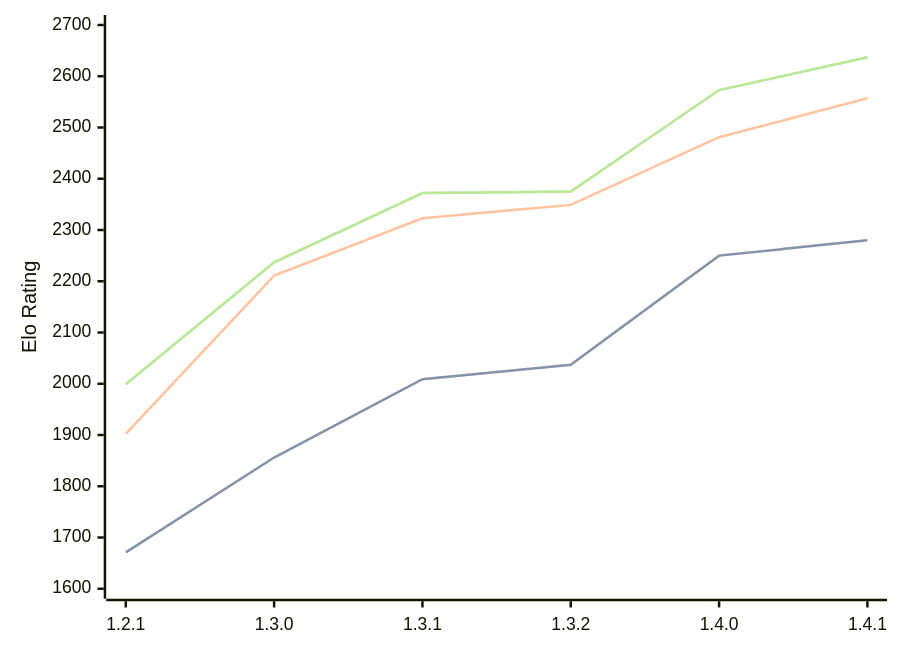
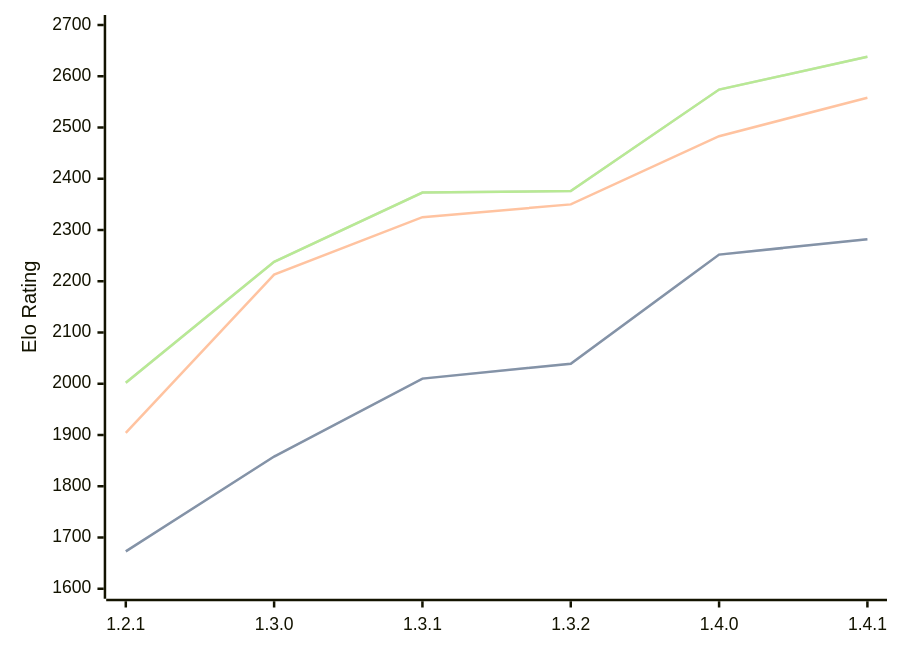
The diagram in engines/Chal.md (computer-chess-index/cci), drawn with Mermaid before and after one commit. The commit also changed other lines of this file, not shown here.

Commit message:
Update CCI Ratings (ELO VLTC) - 2026-08-09

````diff
--- a/engines/Chal.md
+++ b/engines/Chal.md
@@ -36,11 +36,11 @@
 ```mermaid
 %%{init: {"theme":"base","themeVariables":{"seriesColors:['#a3a3a3','#222221','#faa371']}}}%%
 xychart-beta
   x-axis ["1.2.1", "1.3.0", "1.3.1", "1.3.2", "1.4.0", "1.4.1"]
   y-axis "Elo Rating" 1600 --> 2700
-  line "STC (8.0+0.08s)" [1671, 1856, 2009, 2037, 2250, 2280]
-  line "STC (8.0+0.08s)" [1671, 1856, 2009, 2037, 2250, 2280]
-  line "LTC (60.0+0.60s)" [1902, 2211, 2323, 2349, 2481, 2557]
-  line "VLTC (2m24s+1.12s)" [1999, 2237, 2372, 2375, 2573, 2637]
-  line "VLTC (2m24s+1.12s)" [1999, 2237, 2372, 2375, 2573, 2637]
+  line "STC (8.0+0.08s)" [1673, 1858, 2010, 2039, 2252, 2282]
+  line "STC (8.0+0.08s)" [1673, 1858, 2010, 2039, 2252, 2282]
+  line "LTC (60.0+0.60s)" [1904, 2213, 2325, 2350, 2483, 2558]
+  line "VLTC (2m24s+1.12s)" [2002, 2238, 2373, 2376, 2574, 2638]
+  line "VLTC (2m24s+1.12s)" [2002, 2238, 2373, 2376, 2574, 2638]
 ```
````
